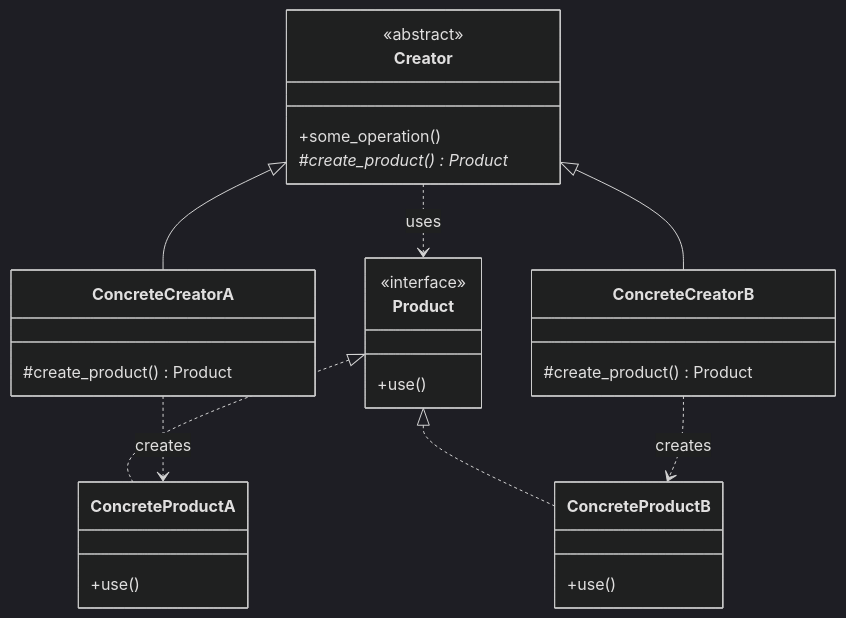
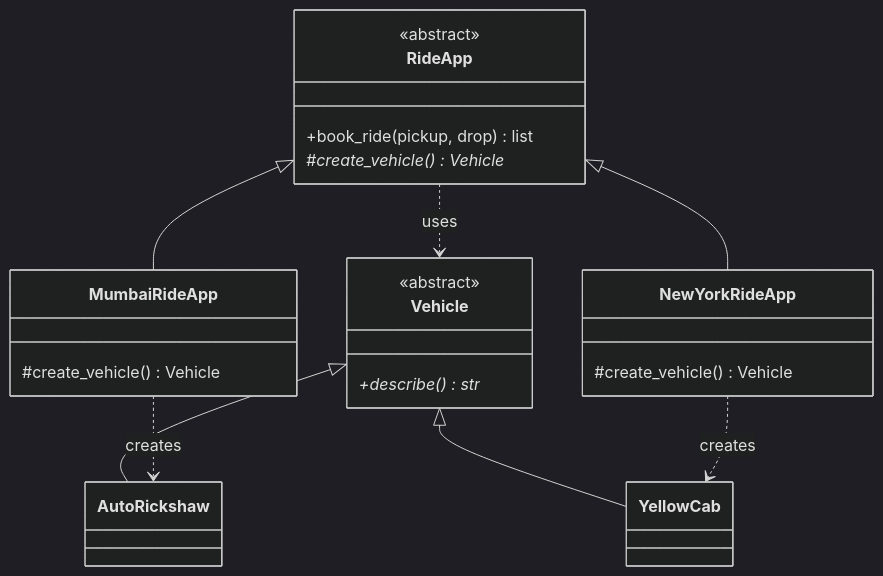
The fourth of 11 diagrams in low-level-design/design-principles/factory-design-pattern/README.md (pankajsoni22/system-design), drawn with Mermaid (dark theme) before and after one commit. The commit also changed other lines of this file and 7 other files, not shown here.

````diff
--- a/low-level-design/design-principles/factory-design-pattern/README.md
+++ b/low-level-design/design-principles/factory-design-pattern/README.md
@@ -125,31 +403,28 @@
 ```mermaid
 classDiagram
-    class Creator {
+    direction TB
+    class RideApp {
         <<abstract>>
-        +some_operation()
-        #create_product()* Product
+        +book_ride(pickup, drop) list
+        #create_vehicle()* Vehicle
     }
-    class ConcreteCreatorA {
-        #create_product() Product
+    class MumbaiRideApp {
+        #create_vehicle() Vehicle
     }
-    class ConcreteCreatorB {
-        #create_product() Product
+    class NewYorkRideApp {
+        #create_vehicle() Vehicle
     }
-    class Product {
-        <<interface>>
-        +use()
+    class Vehicle {
+        <<abstract>>
+        +describe()* str
     }
-    class ConcreteProductA {
-        +use()
-    }
-    class ConcreteProductB {
-        +use()
-    }
-    Creator <|-- ConcreteCreatorA
-    Creator <|-- ConcreteCreatorB
-    Product <|.. ConcreteProductA
-    Product <|.. ConcreteProductB
-    Creator ..> Product : uses
-    ConcreteCreatorA ..> ConcreteProductA : creates
-    ConcreteCreatorB ..> ConcreteProductB : creates
+    class AutoRickshaw
+    class YellowCab
+    RideApp <|-- MumbaiRideApp
+    RideApp <|-- NewYorkRideApp
+    Vehicle <|-- AutoRickshaw
+    Vehicle <|-- YellowCab
+    RideApp ..> Vehicle : uses
+    MumbaiRideApp ..> AutoRickshaw : creates
+    NewYorkRideApp ..> YellowCab : creates
 ```
````
